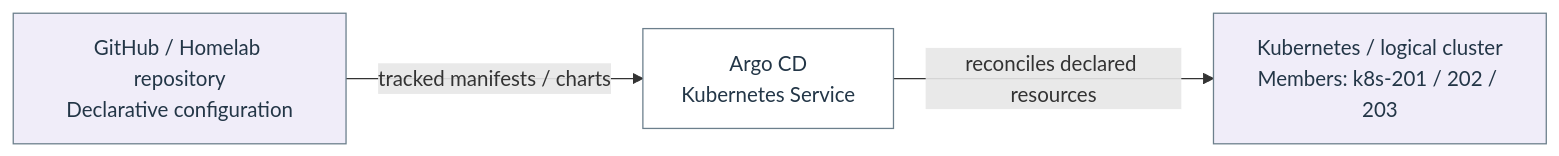
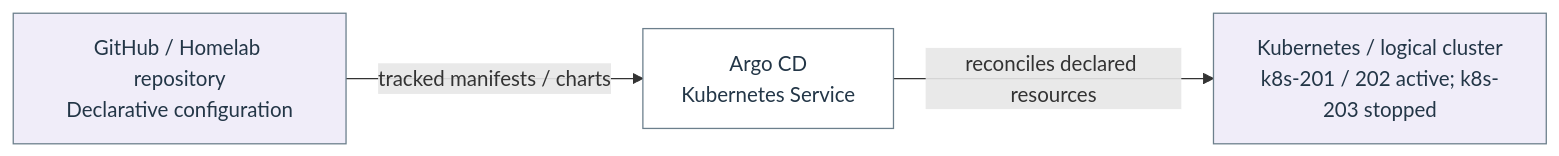
The diagram in docs/architecture/flow-17.mmd (Harsh-2002/Homelab), drawn with Mermaid before and after one commit. The commit also changed 49 other files, not shown here.

```diff
--- a/docs/architecture/flow-17.mmd
+++ b/docs/architecture/flow-17.mmd
@@ -1,10 +1,10 @@
 flowchart LR
   n_flow_17_0["GitHub / Homelab repository<br/>Declarative configuration"]
   n_flow_17_1["Argo CD<br/>Kubernetes Service"]
-  n_flow_17_2["Kubernetes / logical cluster<br/>Members: k8s-201 / 202 / 203"]
+  n_flow_17_2["Kubernetes / logical cluster<br/>k8s-201 / 202 active; k8s-203 stopped"]
   n_flow_17_0 -->|"tracked manifests / charts"| n_flow_17_1
   n_flow_17_1 -->|"reconciles declared resources"| n_flow_17_2
   classDef c_flow_17_0 fill:#f0edf9,stroke:#6c7f8c,color:#233647;
   class n_flow_17_0,n_flow_17_2 c_flow_17_0;
   classDef c_flow_17_1 fill:#ffffff,stroke:#6c7f8c,color:#233647;
   class n_flow_17_1 c_flow_17_1;
```
